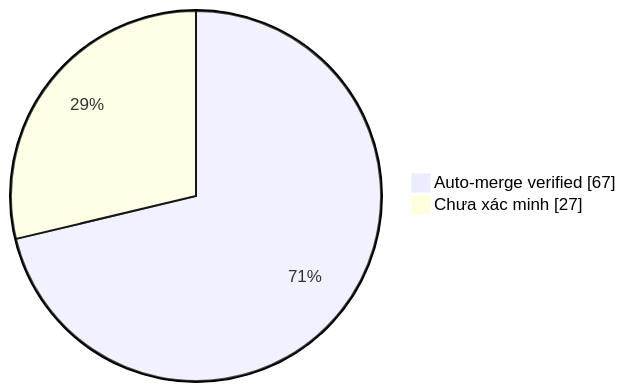
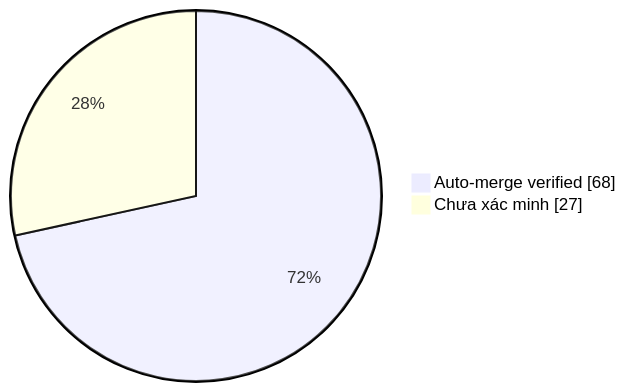
One commit to duykhang68/tetdinhmuiblog changed the diagram in collector.md. Above: the diagram before and after it, drawn with Mermaid. The commit also changed other lines of this file and 1 other file, not shown here.

Commit message:
docs(collector): update auto-merge evidence dashboard

````diff
--- a/collector.md
+++ b/collector.md
@@ -22,5 +22,5 @@
 ```mermaid
 pie showData
-    "Auto-merge verified" : 67
+    "Auto-merge verified" : 68
     "Chưa xác minh" : 27
 ```
````
